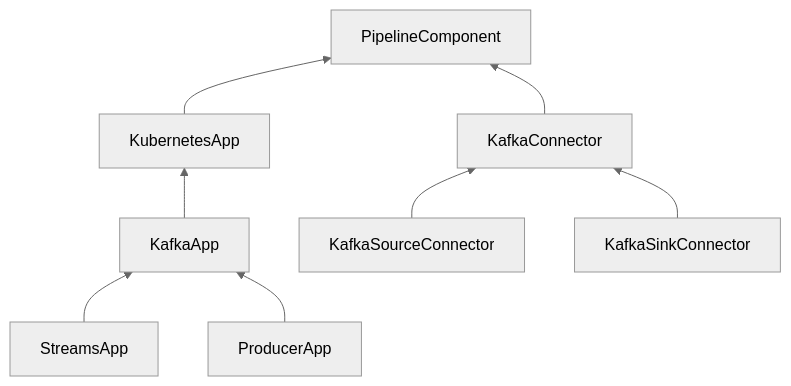
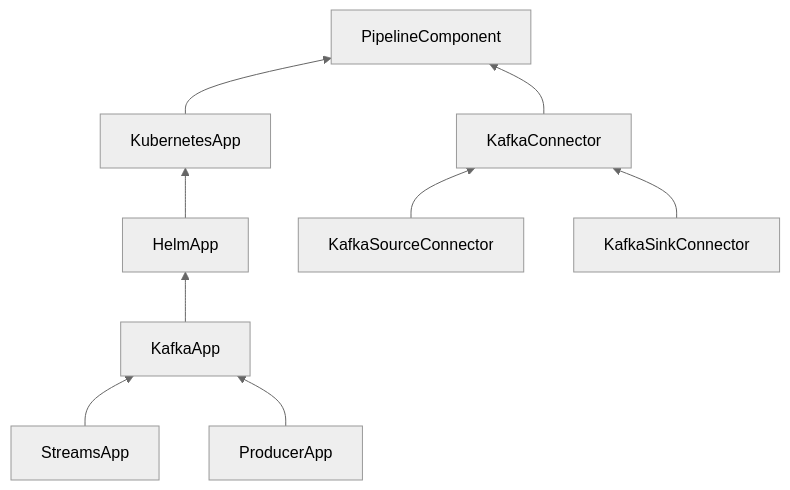
Before and after one commit to bakdata/kpops: the diagram in docs/docs/resources/architecture/components-hierarchy.md, drawn with Mermaid (neutral theme). The commit also changed 30 other files, not shown here.

Commit message:
Create HelmApp component (#370)

````diff
--- a/docs/docs/resources/architecture/components-hierarchy.md
+++ b/docs/docs/resources/architecture/components-hierarchy.md
@@ -1,18 +1,20 @@
 ```mermaid
 flowchart BT
     KubernetesApp --> PipelineComponent
-    KafkaConnector --> PipelineComponent
-    KafkaApp --> KubernetesApp
+    HelmApp --> KubernetesApp
+    KafkaApp --> HelmApp
     StreamsApp --> KafkaApp
     ProducerApp --> KafkaApp
+    KafkaConnector --> PipelineComponent
     KafkaSourceConnector --> KafkaConnector
     KafkaSinkConnector --> KafkaConnector
-    
-    click KubernetesApp "../kubernetes-app"
-    click KafkaApp "../kafka-app"
-    click StreamsApp "../streams-app"
-    click ProducerApp "../producer-app"
-    click KafkaConnector "../kafka-connector"
-    click KafkaSourceConnector "../kafka-source-connector"
-    click KafkaSinkConnector "../kafka-sink-connector"
+
+    click KubernetesApp "/kpops/user/core-concepts/components/kubernetes-app"
+    click HelmApp "/kpops/user/core-concepts/components/helm-app"
+    click KafkaApp "/kpops/user/core-concepts/components/kafka-app"
+    click StreamsApp "/kpops/user/core-concepts/components/streams-app"
+    click ProducerApp "/kpops/user/core-concepts/components/producer-app"
+    click KafkaConnector "/kpops/user/core-concepts/components/kafka-connector"
+    click KafkaSourceConnector "/kpops/user/core-concepts/components/kafka-source-connector"
+    click KafkaSinkConnector "/kpops/user/core-concepts/components/kafka-sink-connector"
 ```
````
